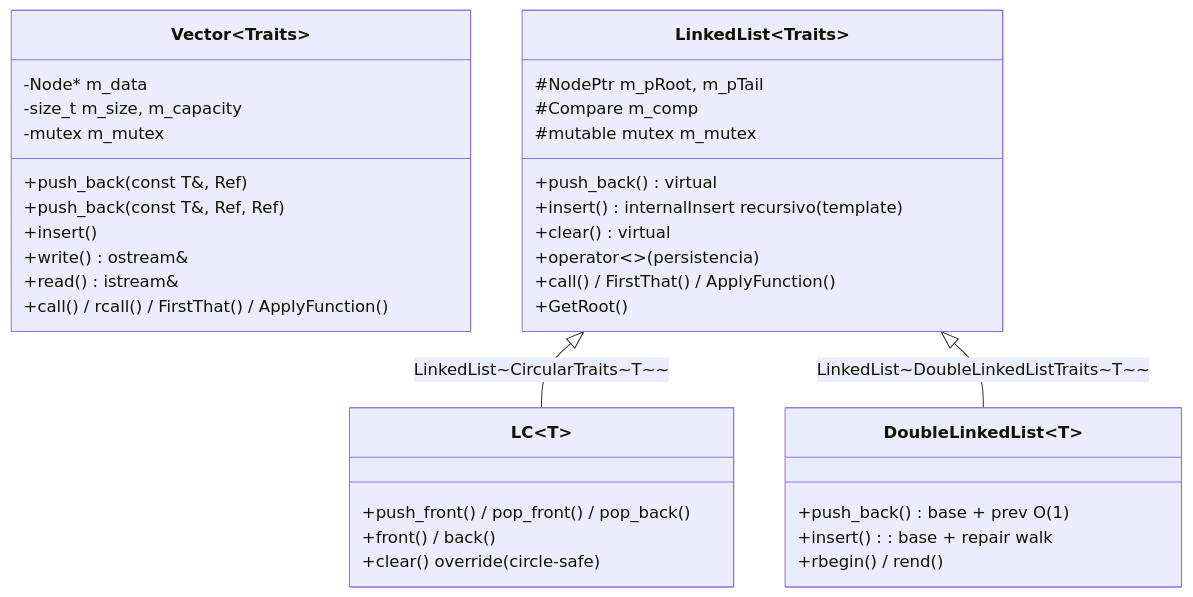
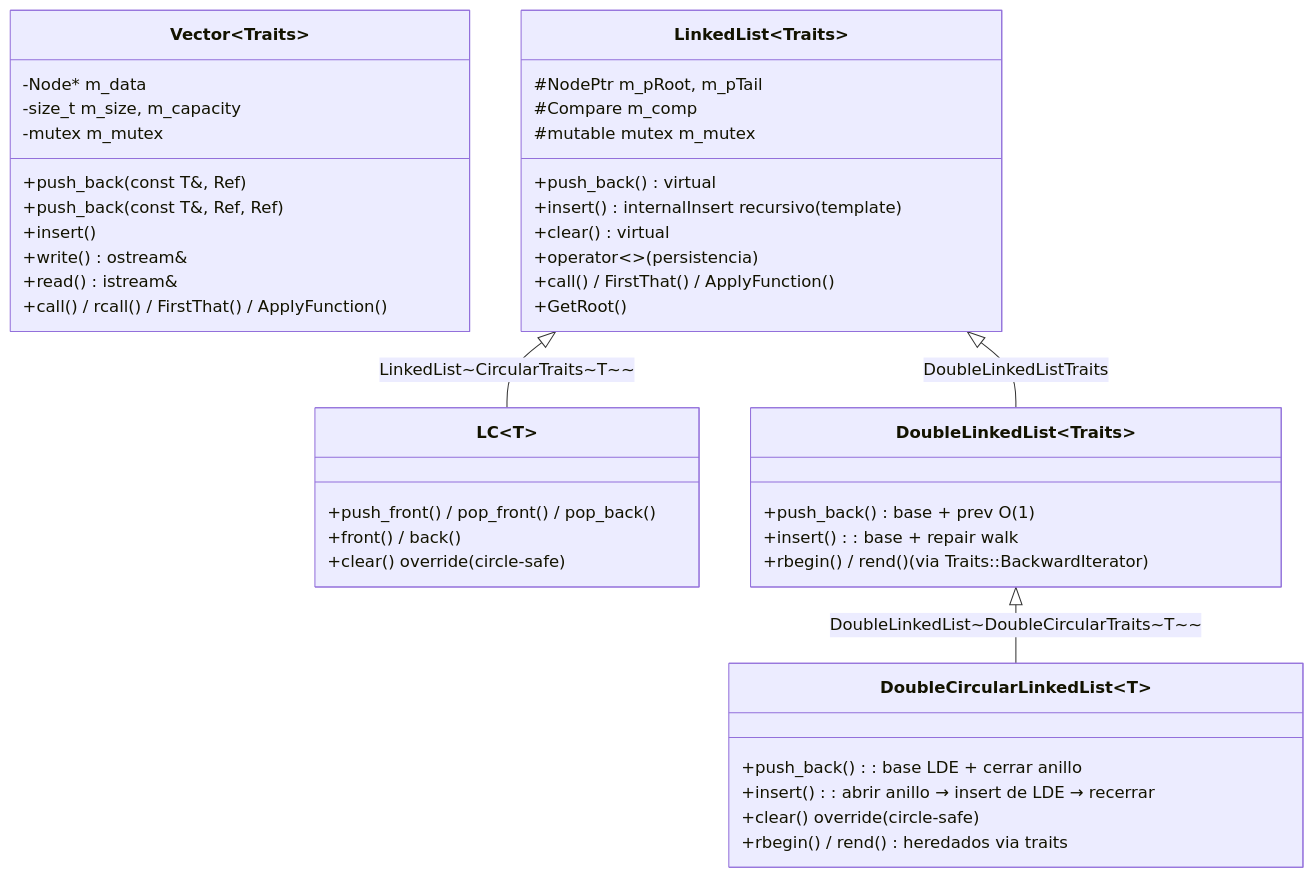
The third of 5 diagrams in docs/jerarquias-clases.md (ecuadros/2026-II-CS-UNI-CC0E5-AEDAv), drawn with Mermaid before and after one commit. The commit also changed other lines of this file, not shown here.

Commit message:
docs: jerarquias con DoubleCircularLinkedList

````diff
--- a/docs/jerarquias-clases.md
+++ b/docs/jerarquias-clases.md
@@ -80,37 +90,44 @@
 ```mermaid
 classDiagram
     class Vector~Traits~ {
         -Node* m_data
         -size_t m_size, m_capacity
         -mutex m_mutex
         +push_back(const T&, Ref)
         +push_back(const T&, Ref, Ref)
         +insert()
         +write() ostream&
         +read() istream&
         +call() / rcall() / FirstThat() / ApplyFunction()
     }
     class LinkedList~Traits~ {
         #NodePtr m_pRoot, m_pTail
         #Compare m_comp
         #mutable mutex m_mutex
         +push_back() virtual
         +insert() : internalInsert recursivo (template)
         +clear() virtual
         +operator<</operator>> (persistencia)
         +call() / FirstThat() / ApplyFunction()
         +GetRoot()
     }
     class LC~T~ {
         +push_front() / pop_front() / pop_back()
         +front() / back()
         +clear() override (circle-safe)
     }
-    class DoubleLinkedList~T~ {
+    class DoubleLinkedList~Traits~ {
         +push_back() : base + prev O(1)
         +insert() : base + repair walk
-        +rbegin() / rend()
+        +rbegin() / rend() (via Traits::BackwardIterator)
+    }
+    class DoubleCircularLinkedList~T~ {
+        +push_back() : base LDE + cerrar anillo
+        +insert() : abrir anillo → insert de LDE → recerrar
+        +clear() override (circle-safe)
+        +rbegin() / rend() heredados via traits
     }
     LinkedList~Traits~ <|-- LC~T~ : LinkedList~CircularTraits~T~~
-    LinkedList~Traits~ <|-- DoubleLinkedList~T~ : LinkedList~DoubleLinkedListTraits~T~~
+    LinkedList~Traits~ <|-- DoubleLinkedList~Traits~ : DoubleLinkedListTraits
+    DoubleLinkedList~Traits~ <|-- DoubleCircularLinkedList~T~ : DoubleLinkedList~DoubleCircularTraits~T~~
 ```
````
